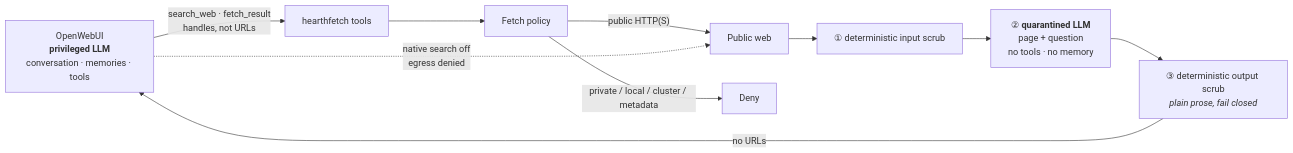
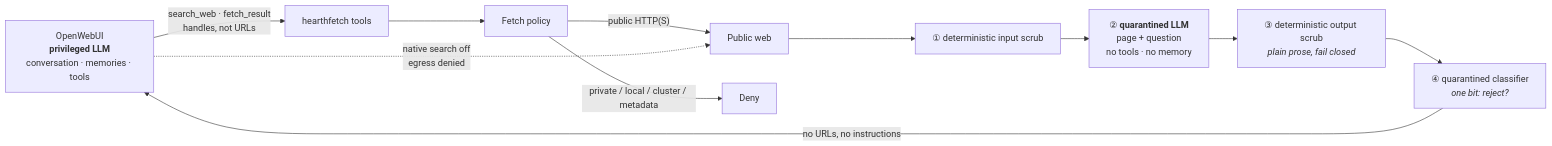
One commit to jokajak/hearthai changed the fifth of 6 diagrams in docs/ARCHITECTURE.md. Above: the diagram before and after it, drawn with Mermaid. The commit also changed other lines of this file and 2 other files, not shown here.

````diff
--- a/docs/ARCHITECTURE.md
+++ b/docs/ARCHITECTURE.md
@@ -239,13 +239,14 @@
 ```mermaid
 flowchart LR
     OW["OpenWebUI<br/><b>privileged LLM</b><br/>conversation · memories · tools"]
     OW -->|"search_web · fetch_result<br/>handles, not URLs"| HF["hearthfetch tools"]
     HF --> POL["Fetch policy"]
     POL -- "public HTTP(S)" --> WEB["Public web"]
     POL -- "private / local / cluster / metadata" --> DENY["Deny"]
     WEB --> S1["① deterministic input scrub"]
     S1 --> Q["② <b>quarantined LLM</b><br/>page + question<br/>no tools · no memory"]
     Q --> S3["③ deterministic output scrub<br/><i>plain prose, fail closed</i>"]
-    S3 -->|"no URLs"| OW
+    S3 --> C4["④ quarantined classifier<br/><i>one bit: reject?</i>"]
+    C4 -->|"no URLs, no instructions"| OW
     OW -. "native search off<br/>egress denied" .-> WEB
 ```
````
